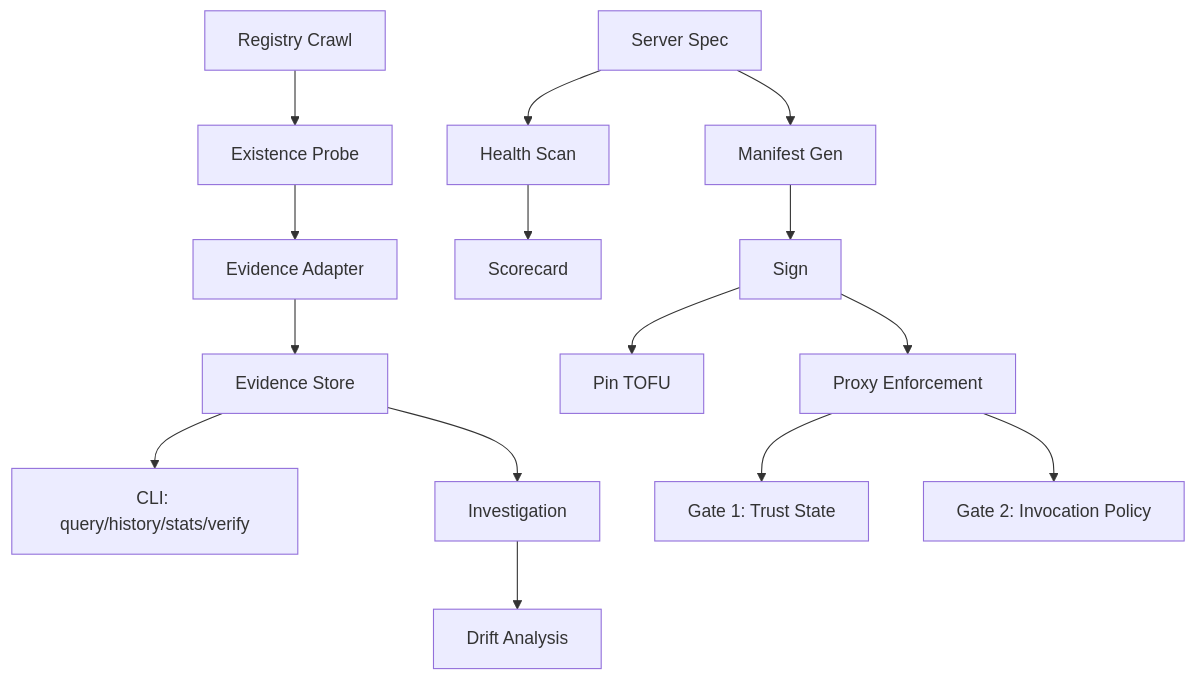
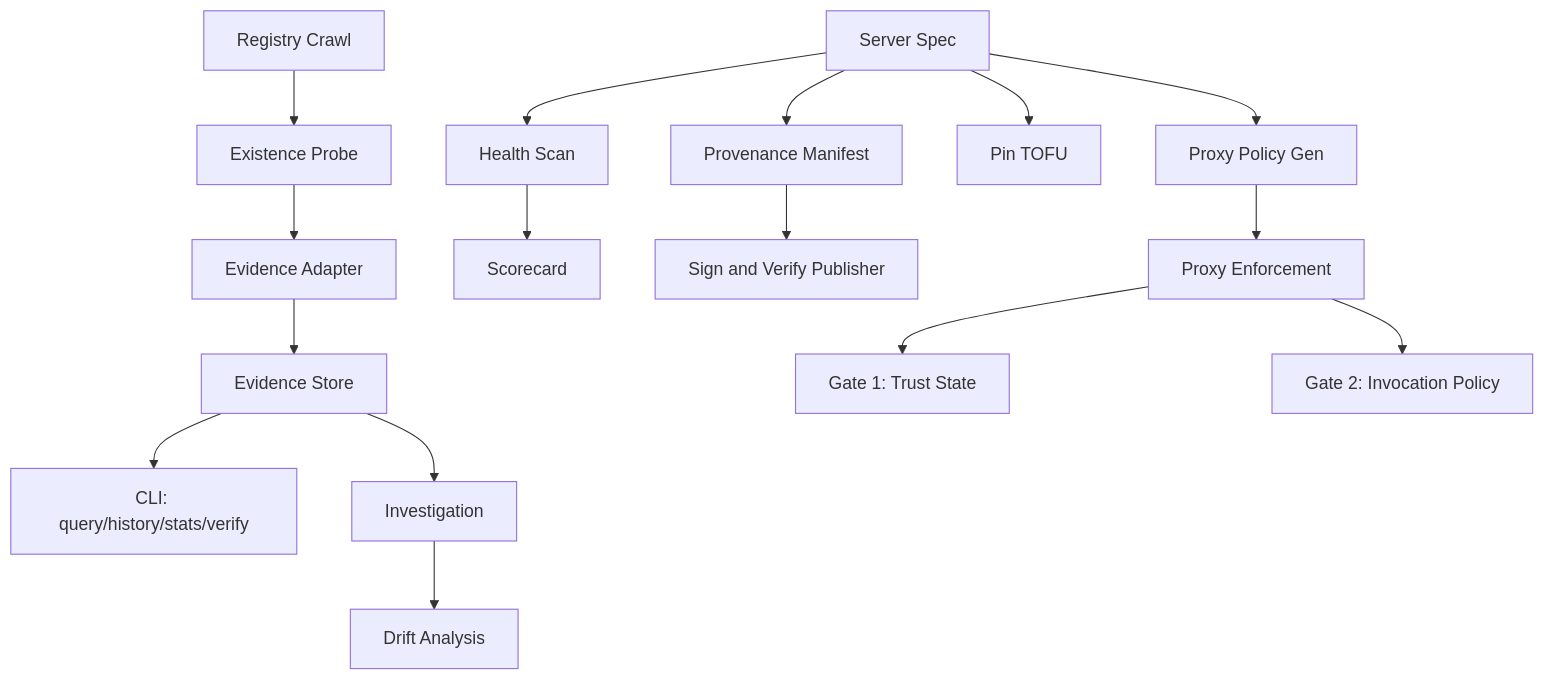
One commit to davidnichols-ops/trustcard changed the diagram in docs/FIVE-MINUTES.md. Above: the diagram before and after it, drawn with Mermaid. The commit also changed other lines of this file and 16 other files, not shown here.

````diff
--- a/docs/FIVE-MINUTES.md
+++ b/docs/FIVE-MINUTES.md
@@ -129,20 +122,21 @@
 ```mermaid
 graph TD
     A[Registry Crawl] --> B[Existence Probe]
     B --> C[Evidence Adapter]
     C --> D[Evidence Store]
     D --> E[CLI: query/history/stats/verify]
     
     F[Server Spec] --> G[Health Scan]
     G --> H[Scorecard]
     
-    F --> I[Manifest Gen]
-    I --> J[Sign]
-    J --> K[Pin TOFU]
-    J --> L[Proxy Enforcement]
+    F --> I[Provenance Manifest]
+    I --> J[Sign and Verify Publisher]
+    F --> K[Pin TOFU]
+    F --> Q[Proxy Policy Gen]
+    Q --> L[Proxy Enforcement]
     L --> M[Gate 1: Trust State]
     L --> N[Gate 2: Invocation Policy]
     
     D --> O[Investigation]
     O --> P[Drift Analysis]
 ```
````
